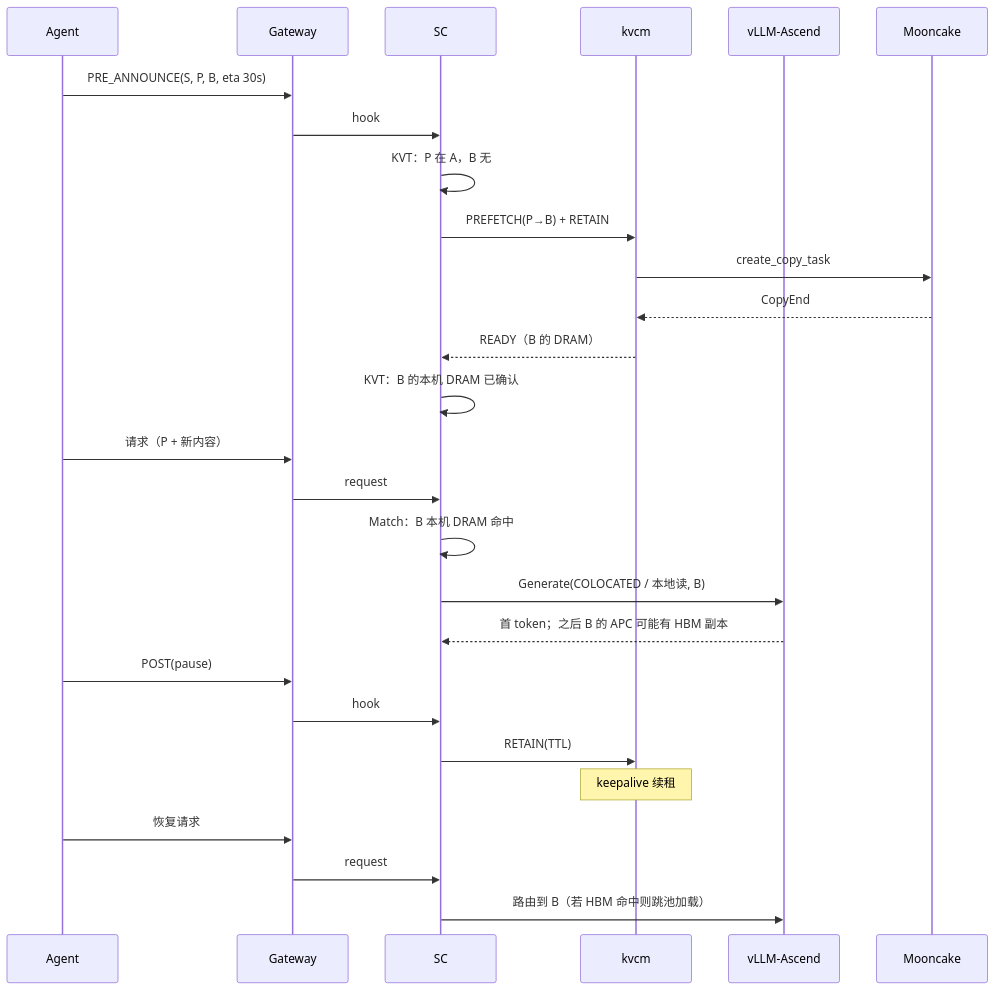
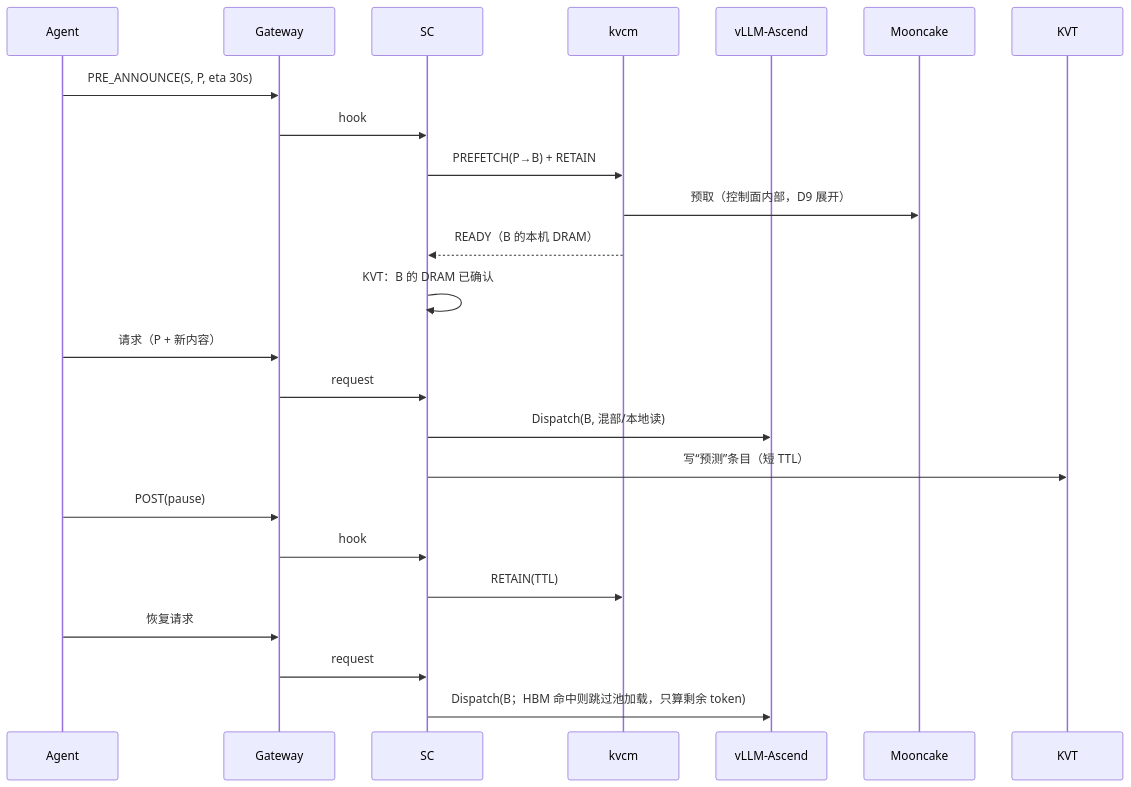
One commit to 5x8-40/lake changed the ninth of 9 diagrams in kvcm/design/D8b-scheduling-sequences.md. Above: the diagram before and after it, drawn with Mermaid. The commit also changed other lines of this file, not shown here.

````diff
--- a/kvcm/design/D8b-scheduling-sequences.md
+++ b/kvcm/design/D8b-scheduling-sequences.md
@@ -282,33 +239,29 @@
 ```mermaid
 sequenceDiagram
     participant A as Agent
     participant G as Gateway
     participant R as SC
     participant K as kvcm
     participant W as vLLM-Ascend
     participant M as Mooncake
 
-    A->>G: PRE_ANNOUNCE(S, P, B, eta 30s)
+    A->>G: PRE_ANNOUNCE(S, P, eta 30s)
     G->>R: hook
-    R->>R: KVT：P 在 A，B 无
     R->>K: PREFETCH(P→B) + RETAIN
-    K->>M: create_copy_task
-    M-->>K: CopyEnd
-    K-->>R: READY（B 的 DRAM）
-    R->>R: KVT：B 的本机 DRAM 已确认
+    K->>M: 预取（控制面内部，D9 展开）
+    K-->>R: READY（B 的本机 DRAM）
+    R->>R: KVT：B 的 DRAM 已确认
 
     A->>G: 请求（P + 新内容）
     G->>R: request
-    R->>R: Match：B 本机 DRAM 命中
-    R->>W: Generate(COLOCATED / 本地读, B)
-    W-->>R: 首 token；之后 B 的 APC 可能有 HBM 副本
+    R->>W: Dispatch(B, 混部/本地读)
+    R->>KVT: 写“预测”条目（短 TTL）
 
     A->>G: POST(pause)
     G->>R: hook
     R->>K: RETAIN(TTL)
-    Note over K: keepalive 续租
 
     A->>G: 恢复请求
     G->>R: request
-    R->>W: 路由到 B（若 HBM 命中则跳池加载）
+    R->>W: Dispatch(B；HBM 命中则跳过池加载，只算剩余 token)
 ```
````
